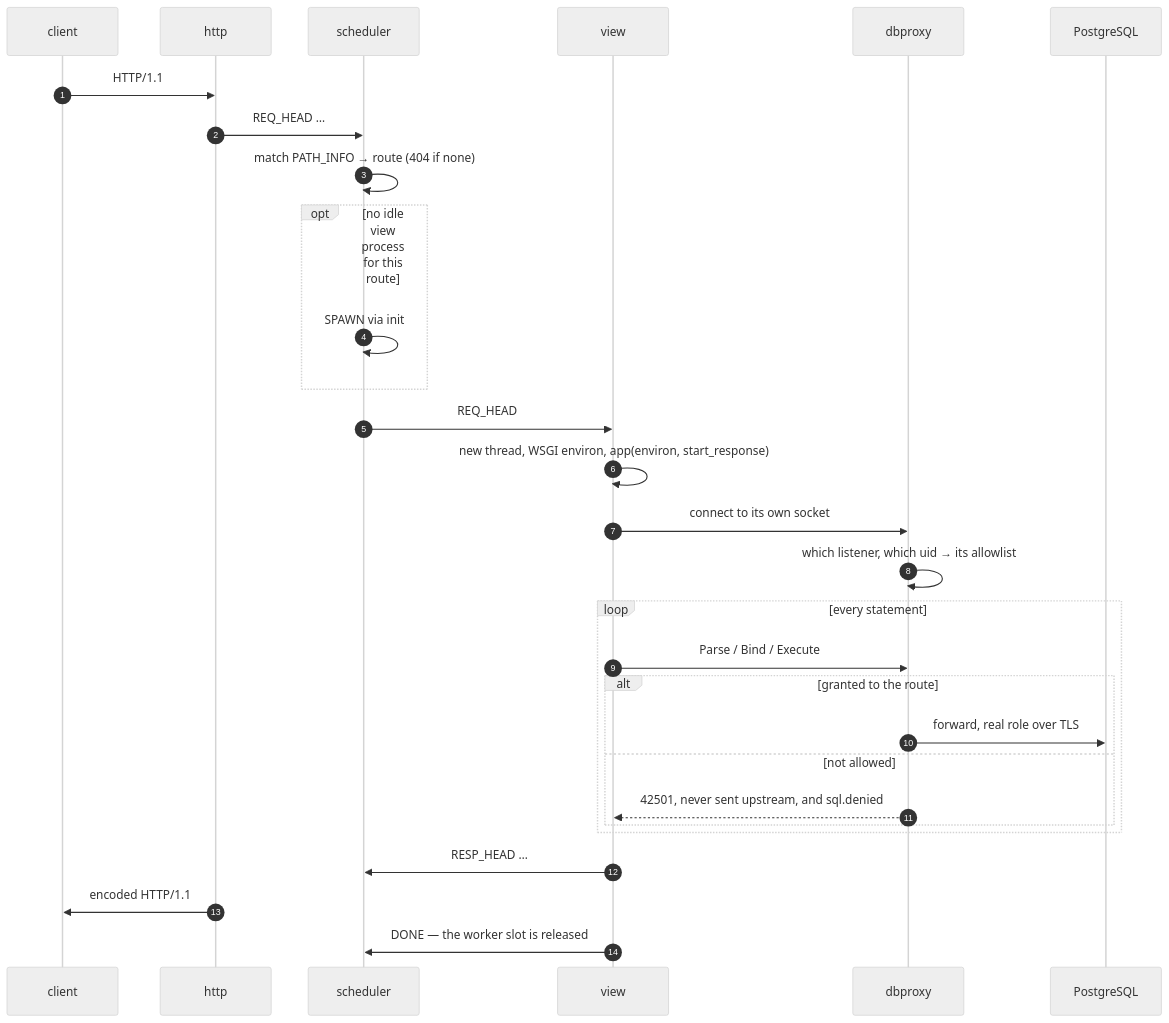
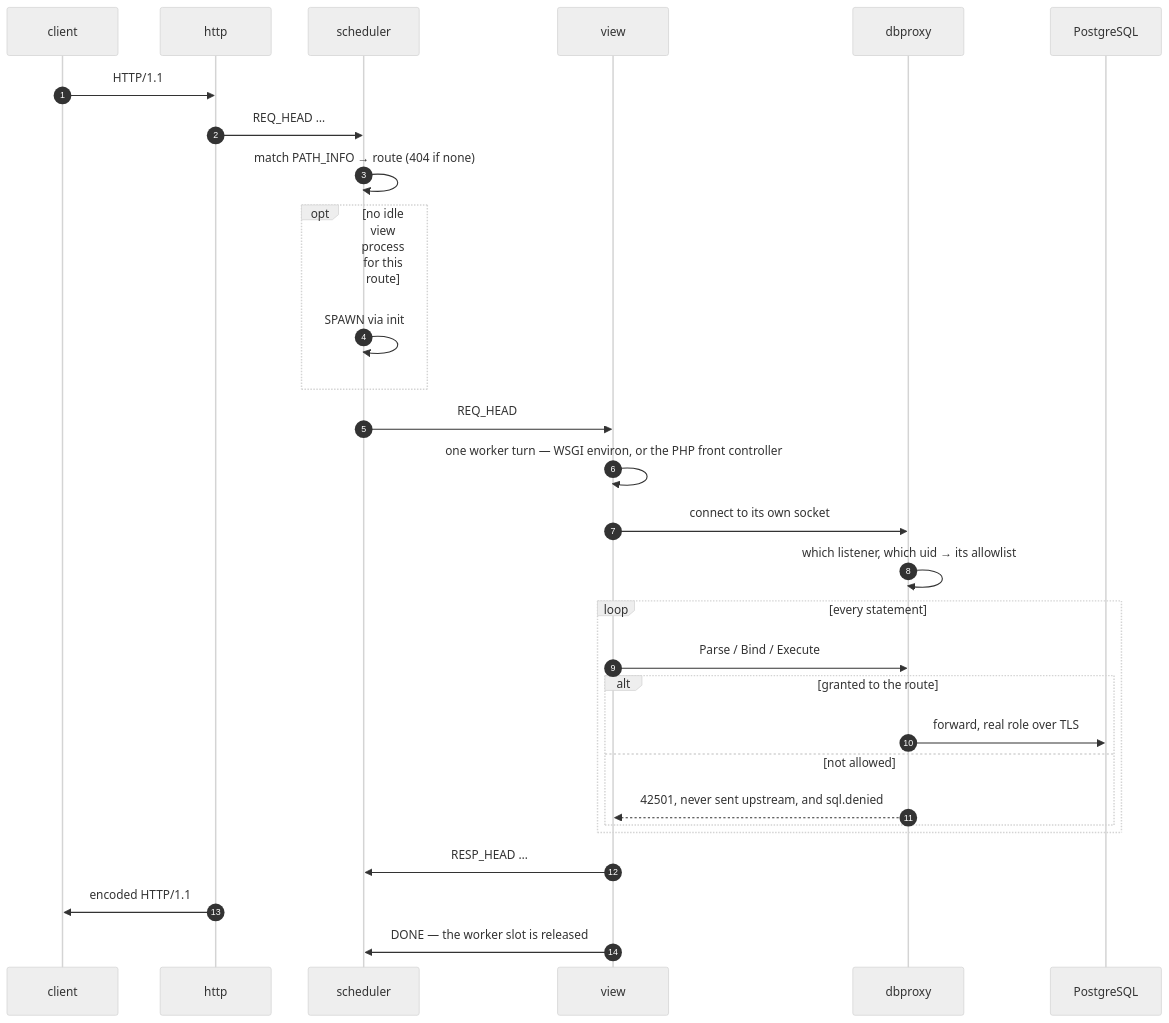
The second of 2 diagrams in docs/how-it-works.md (OffworldNexus/blastit), drawn with Mermaid (neutral theme) before and after one commit. The commit also changed other lines of this file and 27 other files, not shown here.

````diff
--- a/docs/how-it-works.md
+++ b/docs/how-it-works.md
@@ -53,32 +54,32 @@
 ```mermaid
 sequenceDiagram
     autonumber
     participant C as client
     participant H as http
     participant S as scheduler
     participant V as view
     participant D as dbproxy
     participant P as PostgreSQL
 
     C->>H: HTTP/1.1
     H->>S: REQ_HEAD …
     S->>S: match PATH_INFO → route (404 if none)
     opt no idle view process for this route
         S->>S: SPAWN via init
     end
     S->>V: REQ_HEAD
-    V->>V: new thread, WSGI environ, app(environ, start_response)
+    V->>V: one worker turn — WSGI environ, or the PHP front controller
     V->>D: connect to its own socket
     D->>D: which listener, which uid → its allowlist
     loop every statement
         V->>D: Parse / Bind / Execute
         alt granted to the route
             D->>P: forward, real role over TLS
         else not allowed
             D-->>V: 42501, never sent upstream, and sql.denied
         end
     end
     V->>S: RESP_HEAD …
     H->>C: encoded HTTP/1.1
     V->>S: DONE — the worker slot is released
 ```
````
